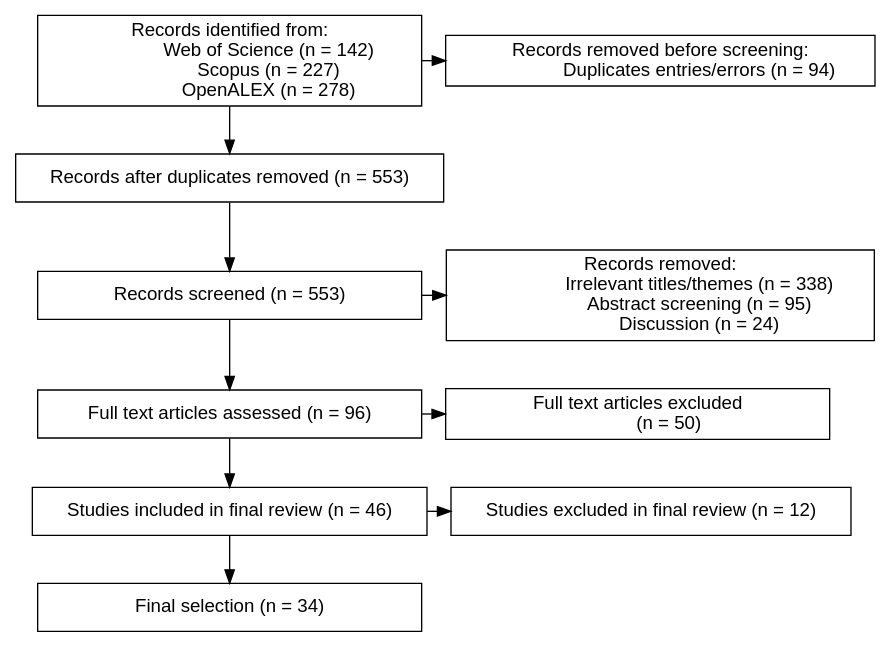
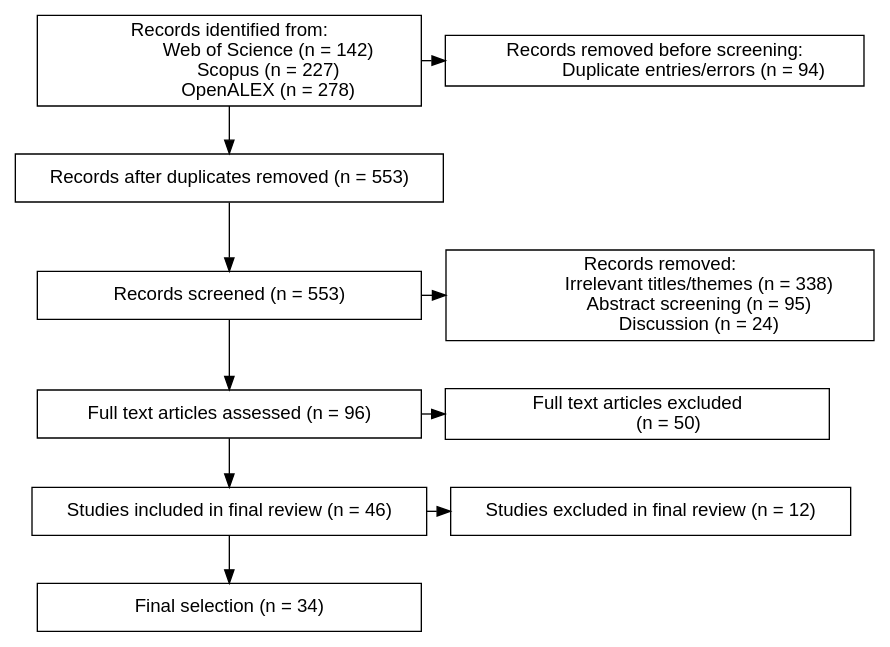
One commit to tuomaseerola/metaMER changed the diagram in manuscript/_figure1.qmd. Above: the diagram before and after it, drawn with Graphviz. The commit also changed 2 other files, not shown here.

Commit message:
Updated manuscript and bibtex file more (R1)

````diff
--- a/manuscript/_figure1.qmd
+++ b/manuscript/_figure1.qmd
@@ -1,41 +1,41 @@
 ```{dot}
 //| label: fig1
 //| fig-cap: "Flowchart of the study inclusions/eliminations."
 
 digraph sub {
   node [fontname = Helvetica, fontsize = 14, shape = box, width = 4]
   A [label = "Records identified from:
                 Web of Science (n = 142)
                 Scopus (n = 227)
                 OpenALEX (n = 278)" ]
   B [label = "Records removed before screening: 
-                Duplicates entries/errors (n = 94)" ]
+                Duplicate entries/errors (n = 94)" ]
   C [label = "Records after duplicates removed (n = 553)"]
   D [label = "Records screened (n = 553)"]
   E [label = "Records removed: 
                 Irrelevant titles/themes (n = 338)
                 Abstract screening (n = 95)
                 Discussion (n = 24)"]
   F [label = "Full text articles assessed (n = 96)"]
   G [label = "Studies included in final review (n = 46)"]
   H [label = "Full text articles excluded
              (n = 50)"]
   I [label = "Studies excluded in final review (n = 12)"]
   J [label = "Final selection (n = 34)"]
   A->B
   A->C
   C->D
   D->E
   D->F
   F->H 
   F->G
   G->I
   G->J
 
   
   { rank = same; A B}
   { rank = same; D, E}
   { rank = same; F, H}
   { rank = same; G, I}
 }
 ```
````
